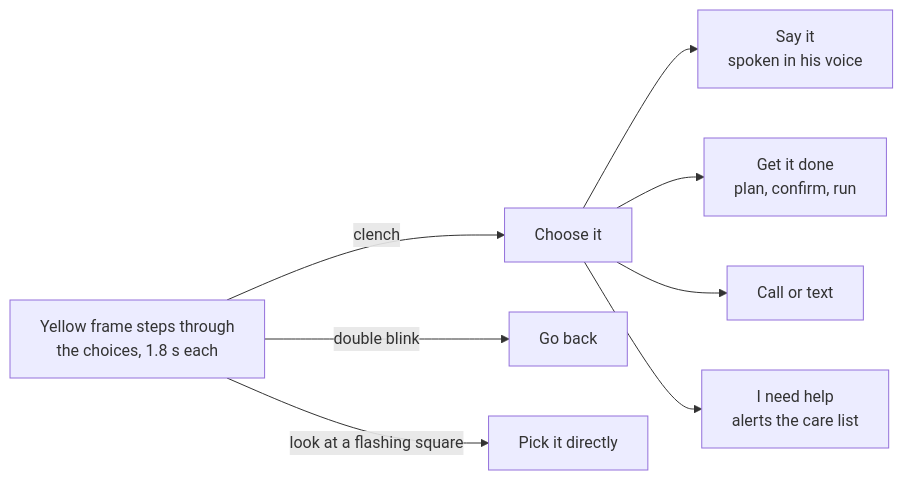
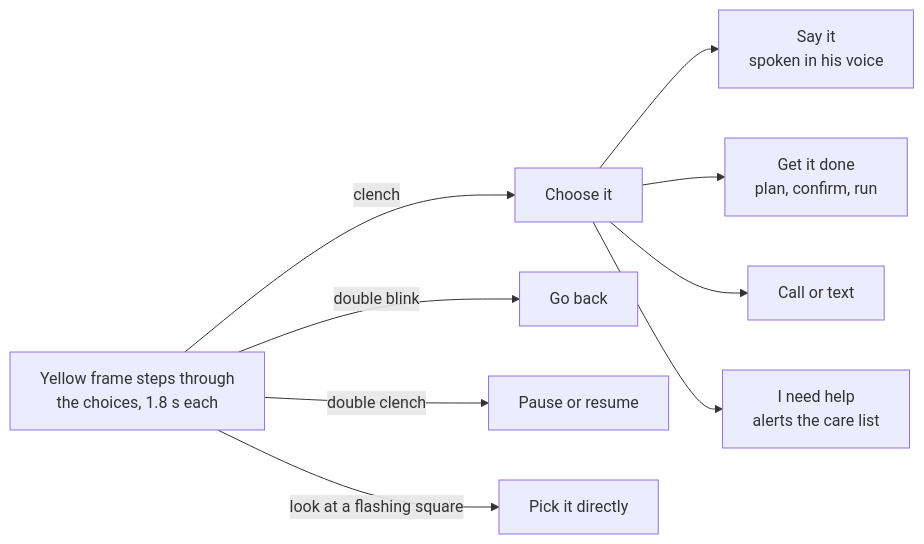
One commit to RehanMohammed985/Kinesis changed the second of 3 diagrams in README.md. Above: the diagram before and after it, drawn with Mermaid. The commit also changed other lines of this file and 19 other files, not shown here.

````diff
--- a/README.md
+++ b/README.md
@@ -90,10 +90,11 @@
 ```mermaid
 flowchart LR
     F["Yellow frame steps through<br/>the choices, 1.8 s each"] -->|clench| C[Choose it]
     F -->|double blink| K[Go back]
+    F -->|double clench| PZ[Pause or resume]
     F -->|look at a flashing square| D[Pick it directly]
     C --> SAY["Say it<br/>spoken in his voice"]
     C --> DO["Get it done<br/>plan, confirm, run"]
     C --> REACH["Call or text"]
     C --> HELP["I need help<br/>alerts the care list"]
 ```
````
